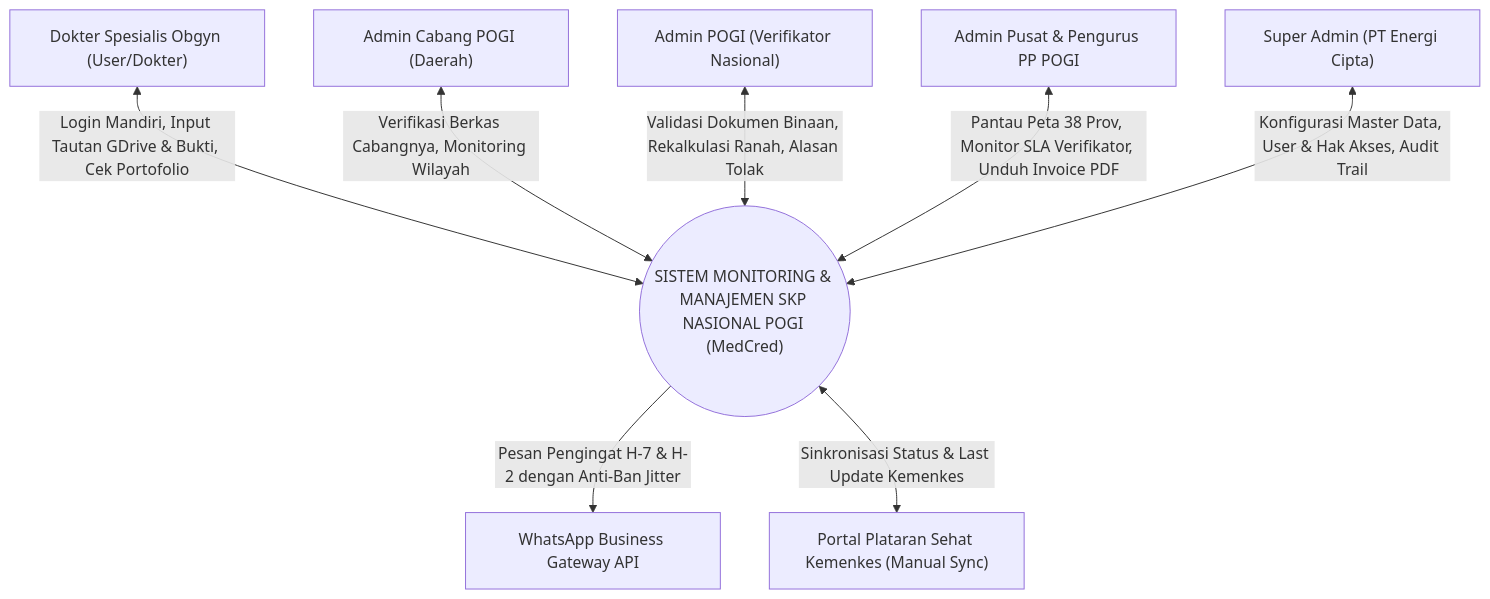
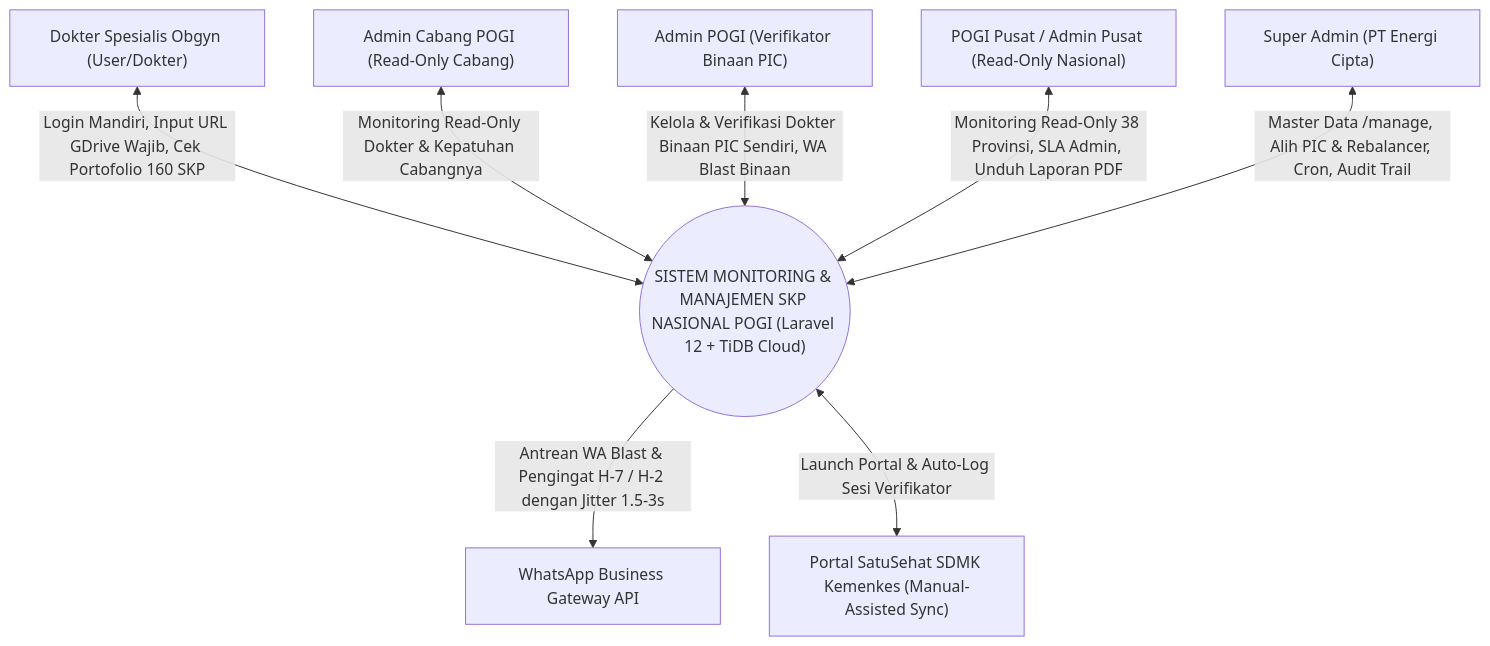
The third of 11 diagrams in ARCHITECTURE.md (echoTech187/pogi-spk-tracker), drawn with Mermaid before and after one commit. The commit also changed other lines of this file, not shown here.

Commit message:
docs(dfd): align DFD Level 0 and Level 1 in ARCHITECTURE.md with current RBAC, PIC scope, and live PDF architecture

````diff
--- a/ARCHITECTURE.md
+++ b/ARCHITECTURE.md
@@ -264,20 +264,20 @@
 ```mermaid
 flowchart TD
     DOKTER["Dokter Spesialis Obgyn (User/Dokter)"]
-    CABANG["Admin Cabang POGI (Daerah)"]
-    VERIF["Admin POGI (Verifikator Nasional)"]
-    PUSAT["Admin Pusat & Pengurus PP POGI"]
+    CABANG["Admin Cabang POGI (Read-Only Cabang)"]
+    VERIF["Admin POGI (Verifikator Binaan PIC)"]
+    PUSAT["POGI Pusat / Admin Pusat (Read-Only Nasional)"]
     SUPER["Super Admin (PT Energi Cipta)"]
     WAGW["WhatsApp Business Gateway API"]
-    KEMENKES["Portal Plataran Sehat Kemenkes (Manual Sync)"]
+    KEMENKES["Portal SatuSehat SDMK Kemenkes (Manual-Assisted Sync)"]
 
-    SYS(("SISTEM MONITORING & MANAJEMEN SKP NASIONAL POGI (MedCred)"))
+    SYS(("SISTEM MONITORING & MANAJEMEN SKP NASIONAL POGI (Laravel 12 + TiDB Cloud)"))
 
-    DOKTER <-->|Login Mandiri, Input Tautan GDrive & Bukti, Cek Portofolio| SYS
-    CABANG <-->|Verifikasi Berkas Cabangnya, Monitoring Wilayah| SYS
-    VERIF <-->|Validasi Dokumen Binaan, Rekalkulasi Ranah, Alasan Tolak| SYS
-    PUSAT <-->|Pantau Peta 38 Prov, Monitor SLA Verifikator, Unduh Invoice PDF| SYS
-    SUPER <-->|Konfigurasi Master Data, User & Hak Akses, Audit Trail| SYS
-    SYS -->|Pesan Pengingat H-7 & H-2 dengan Anti-Ban Jitter| WAGW
-    SYS <-->|Sinkronisasi Status & Last Update Kemenkes| KEMENKES
+    DOKTER <-->|Login Mandiri, Input URL GDrive Wajib, Cek Portofolio 160 SKP| SYS
+    CABANG <-->|Monitoring Read-Only Dokter & Kepatuhan Cabangnya| SYS
+    VERIF <-->|Kelola & Verifikasi Dokter Binaan PIC Sendiri, WA Blast Binaan| SYS
+    PUSAT <-->|Monitoring Read-Only 38 Provinsi, SLA Admin, Unduh Laporan PDF| SYS
+    SUPER <-->|Master Data /manage, Alih PIC & Rebalancer, Cron, Audit Trail| SYS
+    SYS -->|Antrean WA Blast & Pengingat H-7 / H-2 dengan Jitter 1.5-3s| WAGW
+    SYS <-->|Launch Portal & Auto-Log Sesi Verifikator| KEMENKES
 ```
````
